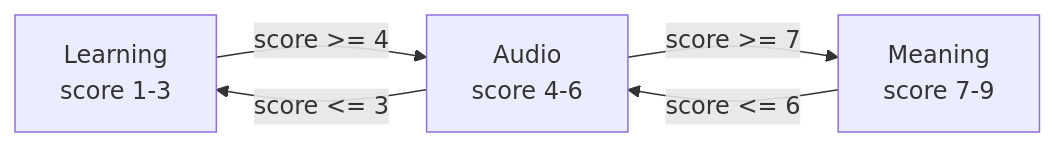
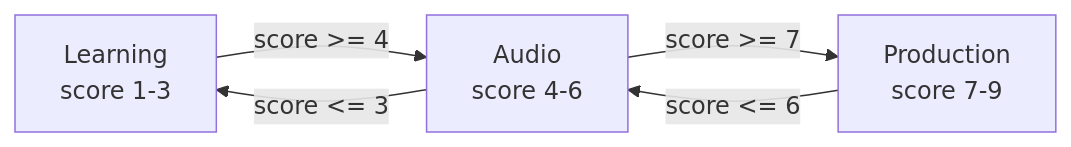
Before and after one commit to bahman-farhadian/mashq: the first of 2 diagrams in README.md, drawn with Mermaid. The commit also changed other lines of this file and 7 other files, not shown here.

````diff
--- a/README.md
+++ b/README.md
@@ -51,11 +44,11 @@
 ```mermaid
 flowchart LR
     L["Learning\nscore 1-3"]
     A["Audio\nscore 4-6"]
-    M["Meaning\nscore 7-9"]
+    P["Production\nscore 7-9"]
 
     L -- "score >= 4" --> A
-    A -- "score >= 7" --> M
+    A -- "score >= 7" --> P
     A -- "score <= 3" --> L
-    M -- "score <= 6" --> A
+    P -- "score <= 6" --> A
 ```
````
